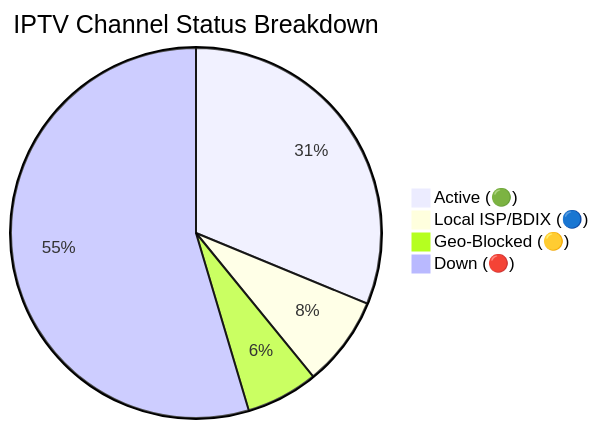
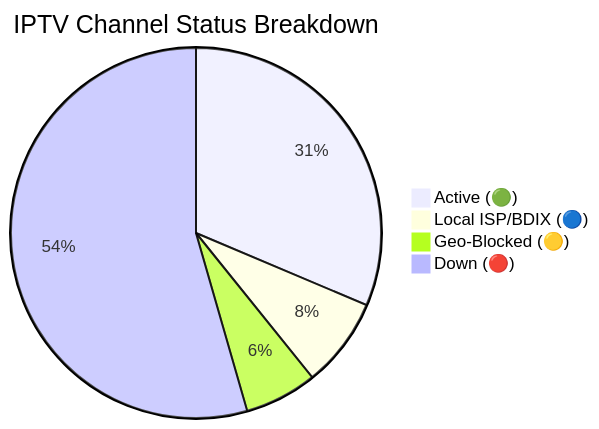
Before and after one commit to Zaman-Topu/Ip-tv-Collection: the diagram in README.md, drawn with Mermaid. The commit also changed other lines of this file and 6 other files, not shown here.

````diff
--- a/README.md
+++ b/README.md
@@ -149,7 +149,7 @@
 ```mermaid
 pie title IPTV Channel Status Breakdown
-    "Active (🟢)" : 10713
-    "Local ISP/BDIX (🔵)" : 2703
-    "Geo-Blocked (🟡)" : 2161
-    "Down (🔴)" : 18733
+    "Active (🟢)" : 10789
+    "Local ISP/BDIX (🔵)" : 2699
+    "Geo-Blocked (🟡)" : 2178
+    "Down (🔴)" : 18734
 ```
````
